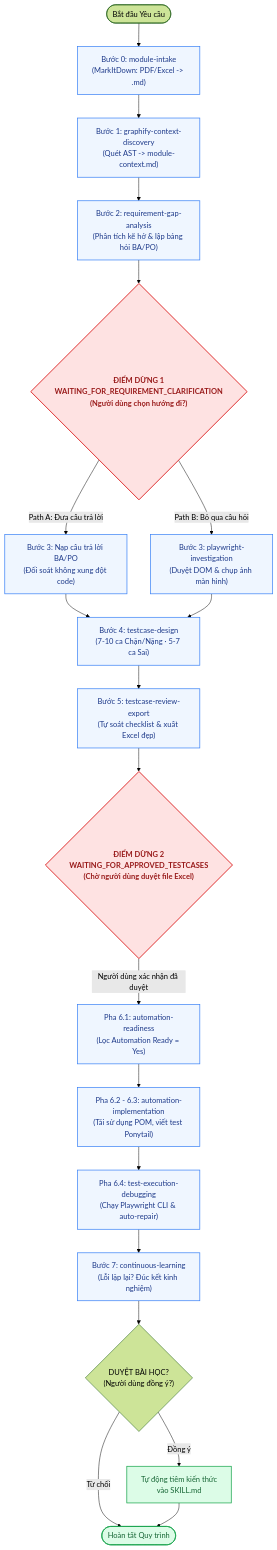
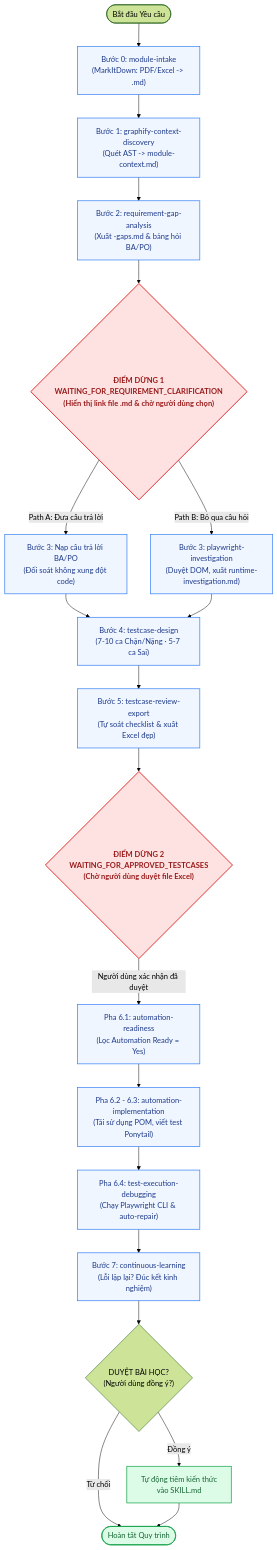
One commit to Dang-nhut-tan/QA-skill changed the diagram in README.md. Above: the diagram before and after it, drawn with Mermaid (forest theme). The commit also changed other lines of this file and 7 other files, not shown here.

Commit message:
feat: mandate standalone requirement-gaps.md report deliverable with clickable link at checkpoint 1

````diff
--- a/README.md
+++ b/README.md
@@ -243,36 +243,36 @@
 ```mermaid
 flowchart TD
     Start(["Bắt đầu Yêu cầu"]) --> Step0["Bước 0: module-intake\n(MarkItDown: PDF/Excel -> .md)"]
     Step0 --> Step1["Bước 1: graphify-context-discovery\n(Quét AST -> module-context.md)"]
-    Step1 --> Step2["Bước 2: requirement-gap-analysis\n(Phân tích kẽ hở & lập bảng hỏi BA/PO)"]
+    Step1 --> Step2["Bước 2: requirement-gap-analysis\n(Xuất <module>-gaps.md & bảng hỏi BA/PO)"]
     
-    Step2 --> Gate1{"ĐIỂM DỪNG 1\nWAITING_FOR_REQUIREMENT_CLARIFICATION\n(Người dùng chọn hướng đi?)"}
+    Step2 --> Gate1{"ĐIỂM DỪNG 1\nWAITING_FOR_REQUIREMENT_CLARIFICATION\n(Hiển thị link file .md & chờ người dùng chọn)"}
     
     Gate1 -- "Path A: Đưa câu trả lời" --> Step3A["Bước 3: Nạp câu trả lời BA/PO\n(Đối soát không xung đột code)"]
-    Gate1 -- "Path B: Bỏ qua câu hỏi" --> Step3B["Bước 3: playwright-investigation\n(Duyệt DOM & chụp ảnh màn hình)"]
+    Gate1 -- "Path B: Bỏ qua câu hỏi" --> Step3B["Bước 3: playwright-investigation\n(Duyệt DOM, xuất runtime-investigation.md)"]
     
     Step3A --> Step4["Bước 4: testcase-design\n(7-10 ca Chặn/Nặng · 5-7 ca Sai)"]
     Step3B --> Step4
     
     Step4 --> Step5["Bước 5: testcase-review-export\n(Tự soát checklist & xuất Excel đẹp)"]
     
     Step5 --> Gate2{"ĐIỂM DỪNG 2\nWAITING_FOR_APPROVED_TESTCASES\n(Chờ người dùng duyệt file Excel)"}
     
     Gate2 -- "Người dùng xác nhận đã duyệt" --> Step61["Pha 6.1: automation-readiness\n(Lọc Automation Ready = Yes)"]
     Step61 --> Step62["Pha 6.2 - 6.3: automation-implementation\n(Tái sử dụng POM, viết test Ponytail)"]
     Step62 --> Step64["Pha 6.4: test-execution-debugging\n(Chạy Playwright CLI & auto-repair)"]
     
     Step64 --> Step7["Bước 7: continuous-learning\n(Lỗi lặp lại? Đúc kết kinh nghiệm)"]
     Step7 --> Gate3{"DUYỆT BÀI HỌC?\n(Người dùng đồng ý?)"}
     Gate3 -- "Đồng ý" --> Ingest["Tự động tiêm kiến thức\nvào SKILL.md"]
     Gate3 -- "Từ chối" --> EndNode(["Hoàn tất Quy trình"])
     Ingest --> EndNode
 
     classDef stopGate fill:#FEE2E2,stroke:#DC2626,stroke-width:2px,color:#991B1B,font-weight:bold;
     classDef stepBox fill:#EFF6FF,stroke:#3B82F6,stroke-width:1.5px,color:#1E3A8A;
     classDef successBox fill:#DCFCE7,stroke:#16A34A,stroke-width:1.5px,color:#166534;
 
     class Gate1,Gate2 stopGate;
     class Step0,Step1,Step2,Step3A,Step3B,Step4,Step5,Step61,Step62,Step64,Step7 stepBox;
     class Ingest,EndNode successBox;
 ```
````
